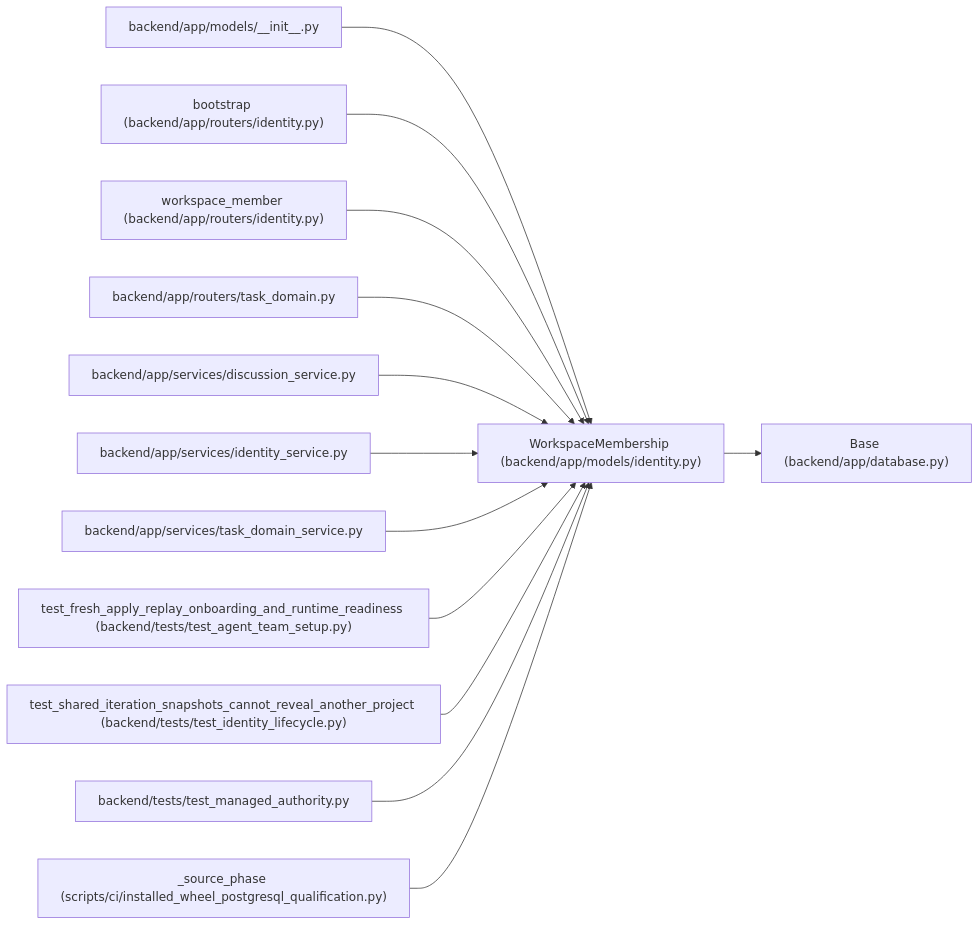
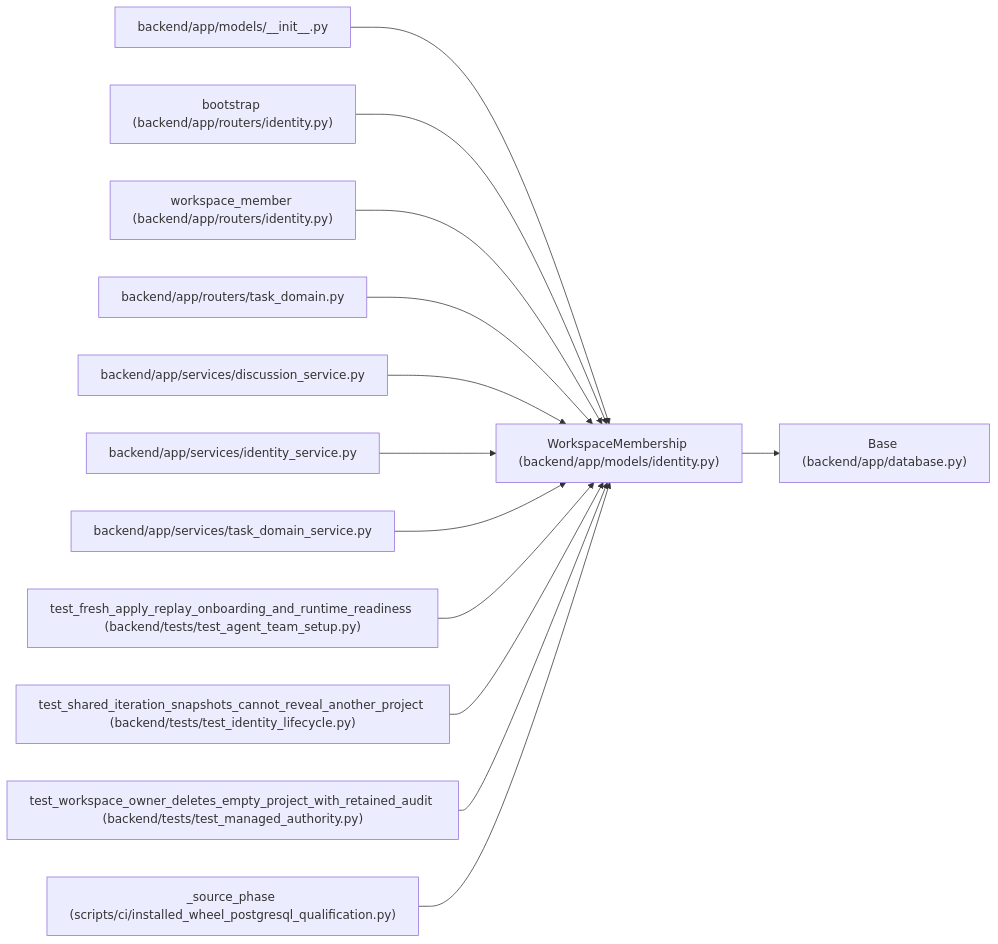
The diagram in docs/llm_wiki/entities/WorkspaceMembership.md (Denissvgn/WorkChord), drawn with Mermaid before and after one commit. The commit also changed other lines of this file and 317 other files, not shown here.

````diff
--- a/docs/llm_wiki/entities/WorkspaceMembership.md
+++ b/docs/llm_wiki/entities/WorkspaceMembership.md
@@ -27,41 +27,41 @@
 ```mermaid
 flowchart LR
     n0["WorkspaceMembership (backend/app/models/identity.py)"]
     n1["Base (backend/app/database.py)"]
     n2["backend/app/models/__init__.py"]
     n3["bootstrap (backend/app/routers/identity.py)"]
     n4["workspace_member (backend/app/routers/identity.py)"]
     n5["backend/app/routers/task_domain.py"]
     n6["backend/app/services/discussion_service.py"]
     n7["backend/app/services/identity_service.py"]
     n8["backend/app/services/task_domain_service.py"]
     n9["test_fresh_apply_replay_onboarding_and_runtime_readiness (backend/tests/test_agent_team_setup.py)"]
     n10["test_shared_iteration_snapshots_cannot_reveal_another_project (backend/tests/test_identity_lifecycle.py)"]
-    n11["backend/tests/test_managed_authority.py"]
+    n11["test_workspace_owner_deletes_empty_project_with_retained_audit (backend/tests/test_managed_authority.py)"]
     n12["_source_phase (scripts/ci/installed_wheel_postgresql_qualification.py)"]
     n0 --> n1
     n2 --> n0
     n3 --> n0
     n4 --> n0
     n5 --> n0
     n6 --> n0
     n7 --> n0
     n8 --> n0
     n9 --> n0
     n10 --> n0
     n11 --> n0
     n12 --> n0
     click n0 "../modules/models_identity.md"
     click n1 "../modules/app_database.md"
     click n2 "../modules/models___init__.md"
     click n3 "../modules/routers_identity.md"
     click n4 "../modules/routers_identity.md"
     click n5 "../modules/routers_task_domain.md"
     click n6 "../modules/discussion_service.md"
     click n7 "../modules/identity_service.md"
     click n8 "../modules/task_domain_service.md"
     click n9 "../modules/test_agent_team_setup.md"
     click n10 "../modules/test_identity_lifecycle.md"
     click n11 "../modules/test_managed_authority.md"
     click n12 "../modules/installed_wheel_postgresql_qualification.md"
 ```
````
